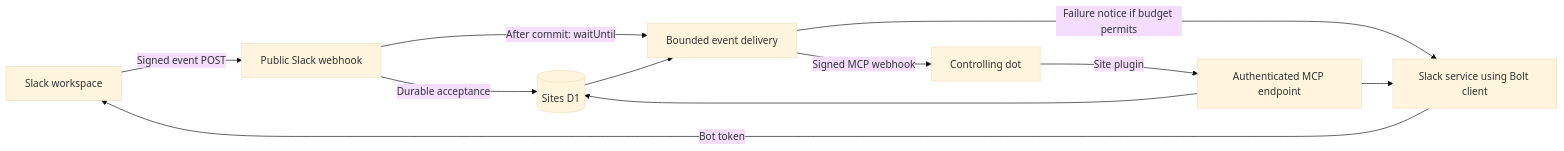
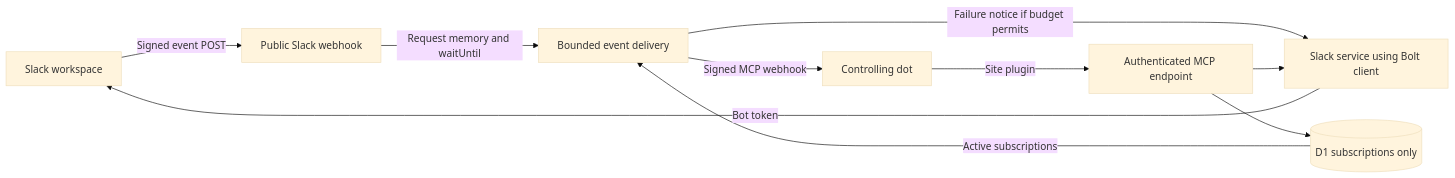
Before and after one commit to evansumarosenberg/SlackDot: the diagram in plans/specification.md, drawn with Mermaid (base theme). The commit also changed other lines of this file and 4 other files, not shown here.

Commit message:
Simplify SlackDot design to subscriptions-only storage

````diff
--- a/plans/specification.md
+++ b/plans/specification.md
@@ -123,13 +124,12 @@
 ```mermaid
 flowchart LR
     Slack[Slack workspace] -->|Signed event POST| Ingress[Public Slack webhook]
-    Ingress -->|Durable acceptance| DB[(Sites D1)]
-    Ingress -->|After commit: waitUntil| Delivery[Bounded event delivery]
-    DB --> Delivery
+    Ingress -->|Request memory and waitUntil| Delivery[Bounded event delivery]
+    DB[(D1 subscriptions only)] -->|Active subscriptions| Delivery
     Delivery -->|Signed MCP webhook| Dot[Controlling dot]
     Delivery -->|Failure notice if budget permits| Service
     Dot -->|Site plugin| MCP[Authenticated MCP endpoint]
     MCP --> Service[Slack service using Bolt client]
     Service -->|Bot token| Slack
     MCP --> DB
 ```
````
